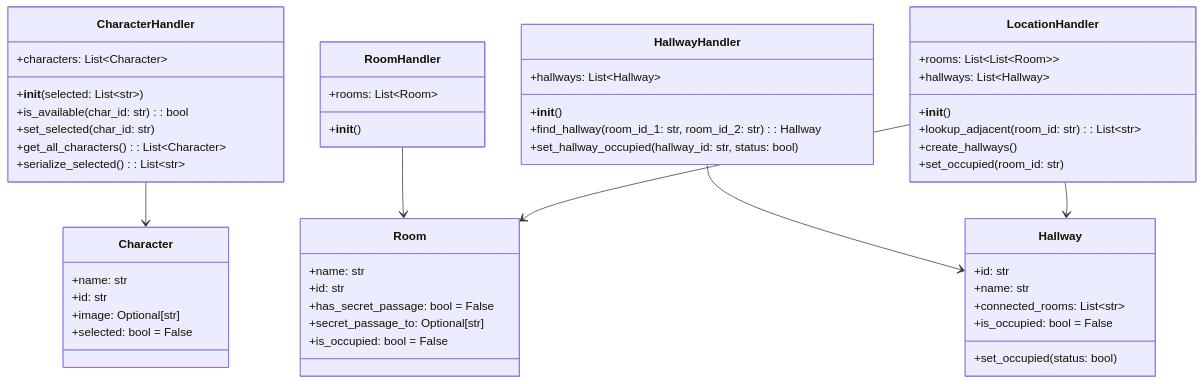
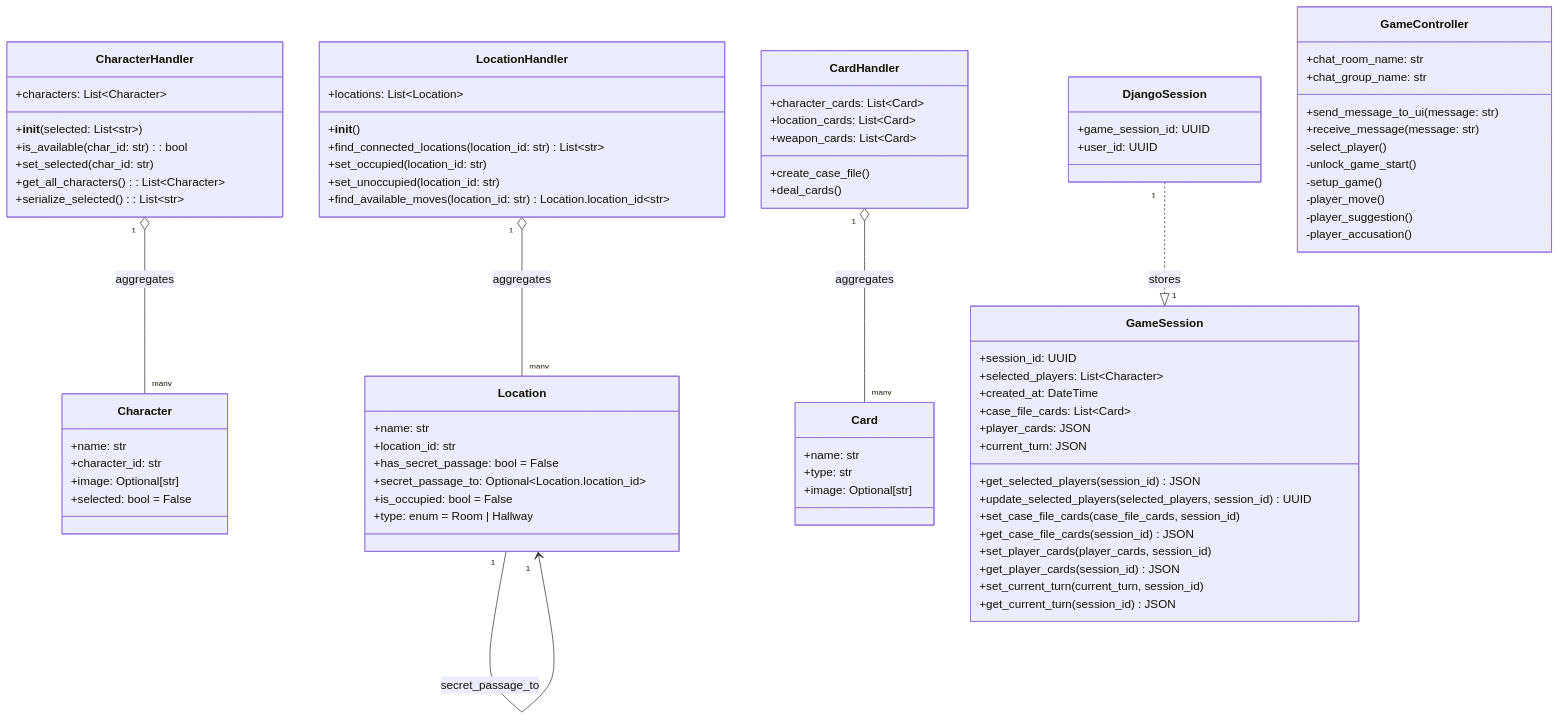
Before and after one commit to arorakarnika/Cluegonauts: the fifth of 5 diagrams in design_diagrams.md, drawn with Mermaid. The commit also changed other lines of this file, not shown here.

Commit message:
Add use-case specific design diagrams, update class diagram

````diff
--- a/design_diagrams.md
+++ b/design_diagrams.md
@@ -42,7 +194,7 @@
 classDiagram
     class Character {
         +name: str
-        +id: str
+        +character_id: str
         +image: Optional[str]
         +selected: bool = False
     }
@@ -56,47 +208,80 @@
         +serialize_selected(): List~str~
     }
 
-    class Room {
+    class Location {
         +name: str
-        +id: str
+        +location_id: str
         +has_secret_passage: bool = False
-        +secret_passage_to: Optional[str]
+        +secret_passage_to: Optional~Location.location_id~
         +is_occupied: bool = False
-    }
-
-    class RoomHandler {
-        +rooms: List~Room~
-        +__init__()
-    }
-
-    class Hallway {
-        +id: str
-        +name: str
-        +connected_rooms: List~str~
-        +is_occupied: bool = False
-        +set_occupied(status: bool)
-    }
-
-    class HallwayHandler {
-        +hallways: List~Hallway~
-        +__init__()
-        +find_hallway(room_id_1: str, room_id_2: str): Hallway
-        +set_hallway_occupied(hallway_id: str, status: bool)
+        +type: enum = Room | Hallway
     }
 
     class LocationHandler {
-        +rooms: List~List~Room~~
-        +hallways: List~Hallway~
+        +locations: List~Location~
         +__init__()
-        +lookup_adjacent(room_id: str): List~str~
-        +create_hallways()
-        +set_occupied(room_id: str)
+        +find_connected_locations(location_id: str) List~str~
+        +set_occupied(location_id: str)
+        +set_unoccupied(location_id: str)
+        +find_available_moves(location_id: str) Location.location_id~str~
     }
 
-    CharacterHandler --> Character
-    RoomHandler --> Room
-    HallwayHandler --> Hallway
-    LocationHandler --> Room
-    LocationHandler --> Hallway
+    class Card {
+        +name: str
+        +type: str
+        +image: Optional[str]
+    }
 
+    class CardHandler {
+        +character_cards: List~Card~
+        +location_cards: List~Card~
+        +weapon_cards: List~Card~
+        +create_case_file()
+        +deal_cards()
+    }
+
+    class GameSession {
+        +session_id: UUID
+        +selected_players: List~Character~
+        +created_at: DateTime
+        +case_file_cards: List~Card~
+        +player_cards: JSON
+        +current_turn: JSON
+        +get_selected_players(session_id) JSON
+        +update_selected_players(selected_players, session_id) UUID
+        +set_case_file_cards(case_file_cards, session_id)
+        +get_case_file_cards(session_id) JSON
+        +set_player_cards(player_cards, session_id)
+        +get_player_cards(session_id) JSON
+        +set_current_turn(current_turn, session_id)
+        +get_current_turn(session_id) JSON
+    }
+
+    class DjangoSession {
+        +game_session_id: UUID
+        +user_id: UUID
+    }
+
+    class GameController {
+        +chat_room_name: str
+        +chat_group_name: str
+        +send_message_to_ui(message: str)
+        +receive_message(message: str)
+        -select_player()
+        -unlock_game_start()
+        -setup_game()
+        -player_move()
+        -player_suggestion()
+        -player_accusation()
+    }
+
+    %%note for WebSocket "Django Channels Websocket object, keeps connection alive with web interface"
+
+
+    CharacterHandler "1" o-- "many" Character : aggregates
+    LocationHandler "1" o-- "many" Location : aggregates
+    CardHandler "1" o-- "many" Card : aggregates
+    Location "1" --> "1" Location : secret_passage_to
+    DjangoSession "1" ..|> "1" GameSession : stores
+    %% GameController <|-- WebSocket: inherits
 ```
````
